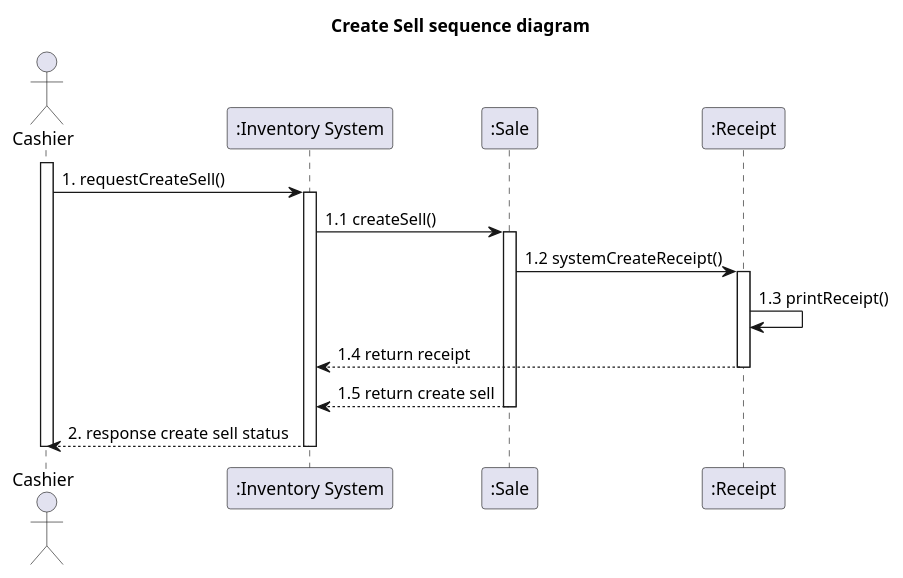
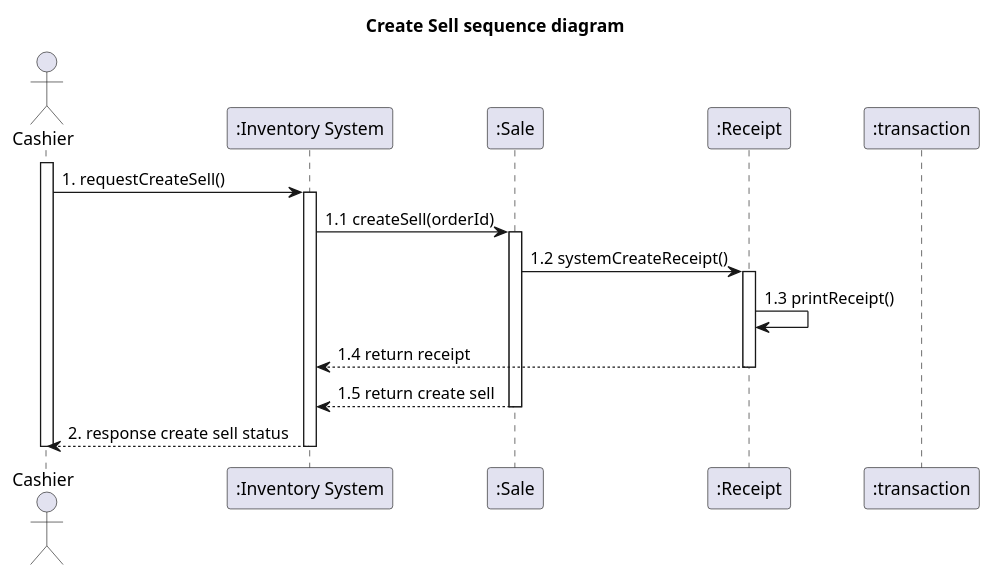
One commit to billowdev/inventory-system-plantuml-sequelize-seeder-example changed the diagram in system-analysis/sequence/_6_2_sequence-create-sell.puml. Above: the diagram before and after it, drawn with PlantUML. The commit also changed 6 other files, not shown here.

Commit message:
update class and sequence diagram

```diff
--- a/system-analysis/sequence/_6_2_sequence-create-sell.puml
+++ b/system-analysis/sequence/_6_2_sequence-create-sell.puml
@@ -1,38 +1,53 @@
 @startuml
 'example
 title Create Sell sequence diagram
 
 actor Cashier as actorCashier
 participant ":Inventory System" as InventorySystem
 participant ":Sale" as classSell
-
 participant ":Receipt" as classReceipt
+participant ":transaction" as classTransaction
 
 activate actorCashier
+
+
+
 
 actorCashier -> InventorySystem: 1. requestCreateSell()
 activate InventorySystem
 
-InventorySystem -> classSell: 1.1 createSell()
+'InventorySystem -> classTransaction : getTransaction
+'activate classTransaction
+'classTransaction --> InventorySystem : return transaction
+'deactivate classTransaction
+'
+'alt IF pending transaction not exist
+'InventorySystem -> classTransaction : createTransaction()
+'  activate classTransaction
+'classTransaction --> InventorySystem : return transaction
+' deactivate classTransaction
+'end
+
+InventorySystem -> classSell: 1.1 createSell(orderId)
 activate classSell
 
 classSell -> classReceipt : 1.2 systemCreateReceipt()
 
 activate classReceipt
 classReceipt -> classReceipt : 1.3 printReceipt()
 
 
 classReceipt --> InventorySystem: 1.4 return receipt
 deactivate classReceipt
 
 classSell --> InventorySystem: 1.5 return create sell
 deactivate classSell
 
 InventorySystem --> actorCashier : 2. response create sell status
 
 deactivate InventorySystem
 
 
 deactivate actorCashier
 
 @enduml
```
